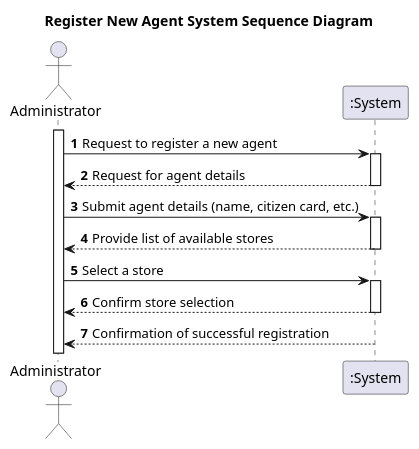
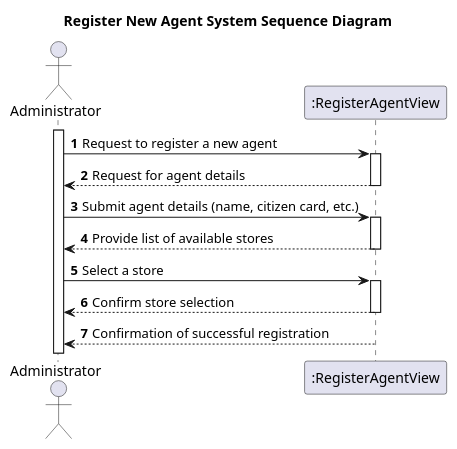
Before and after one commit to goncalomaia18/leti-esoft-24-25-A2: the diagram in docs/Sprint2/US11/US11-SSD.puml, drawn with PlantUML.

```diff
--- a/docs/Sprint2/US11/US11-SSD.puml
+++ b/docs/Sprint2/US11/US11-SSD.puml
@@ -1,25 +1,25 @@
 @startuml
 'https://plantuml.com/sequence-diagram
 
 title Register New Agent System Sequence Diagram
 
 autoactivate on
 autonumber
 
 actor "Administrator" as Person
-participant ":System" as System
+participant ":RegisterAgentView" as System
 
 activate Person
 
 Person -> System: Request to register a new agent
 System --> Person: Request for agent details
 
 Person -> System: Submit agent details (name, citizen card, etc.)
 System --> Person: Provide list of available stores
 
 Person -> System: Select a store
 System --> Person: Confirm store selection
 
 System --> Person: Confirmation of successful registration
 
 @enduml
```
